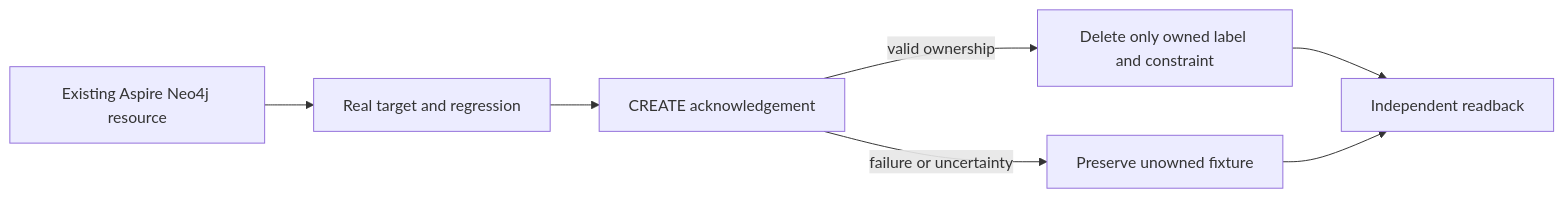
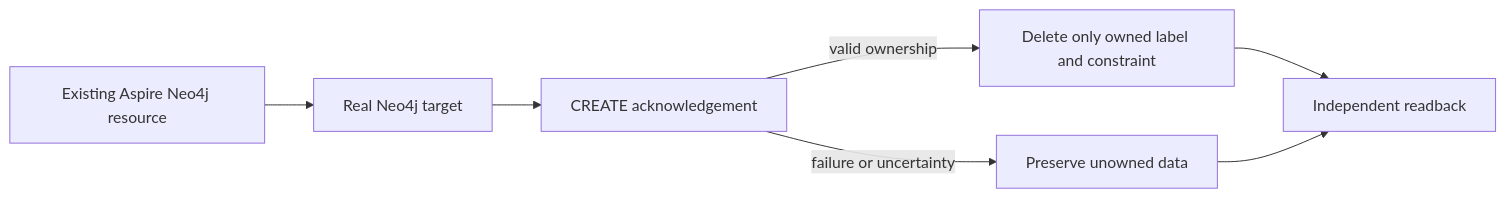
The diagram in docs/ADR/ADR-049-genuine-neo4j-harness.md (managedcode/KeyLoad), drawn with Mermaid before and after one commit. The commit also changed other lines of this file and 575 other files, not shown here.

````diff
--- a/docs/ADR/ADR-049-genuine-neo4j-harness.md
+++ b/docs/ADR/ADR-049-genuine-neo4j-harness.md
@@ -14,9 +14,9 @@
 ```mermaid
 flowchart LR
-    Aspire[Existing Aspire Neo4j resource] --> Target[Real target and regression]
+    Aspire[Existing Aspire Neo4j resource] --> Target[Real Neo4j target]
     Target --> Query[CREATE acknowledgement]
     Query -->|valid ownership| Cleanup[Delete only owned label and constraint]
-    Query -->|failure or uncertainty| Preserve[Preserve unowned fixture]
+    Query -->|failure or uncertainty| Preserve[Preserve unowned data]
     Cleanup --> Oracle[Independent readback]
     Preserve --> Oracle
 ```
````
